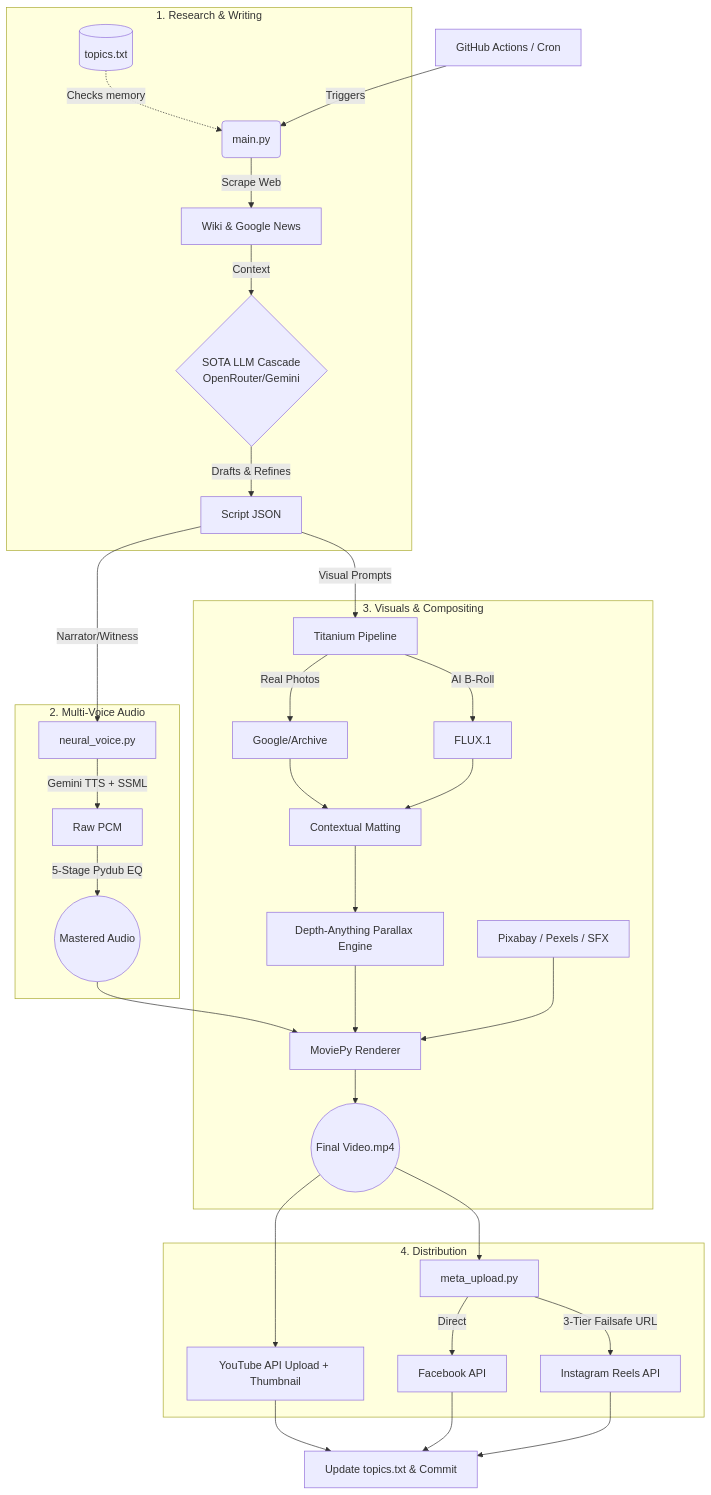
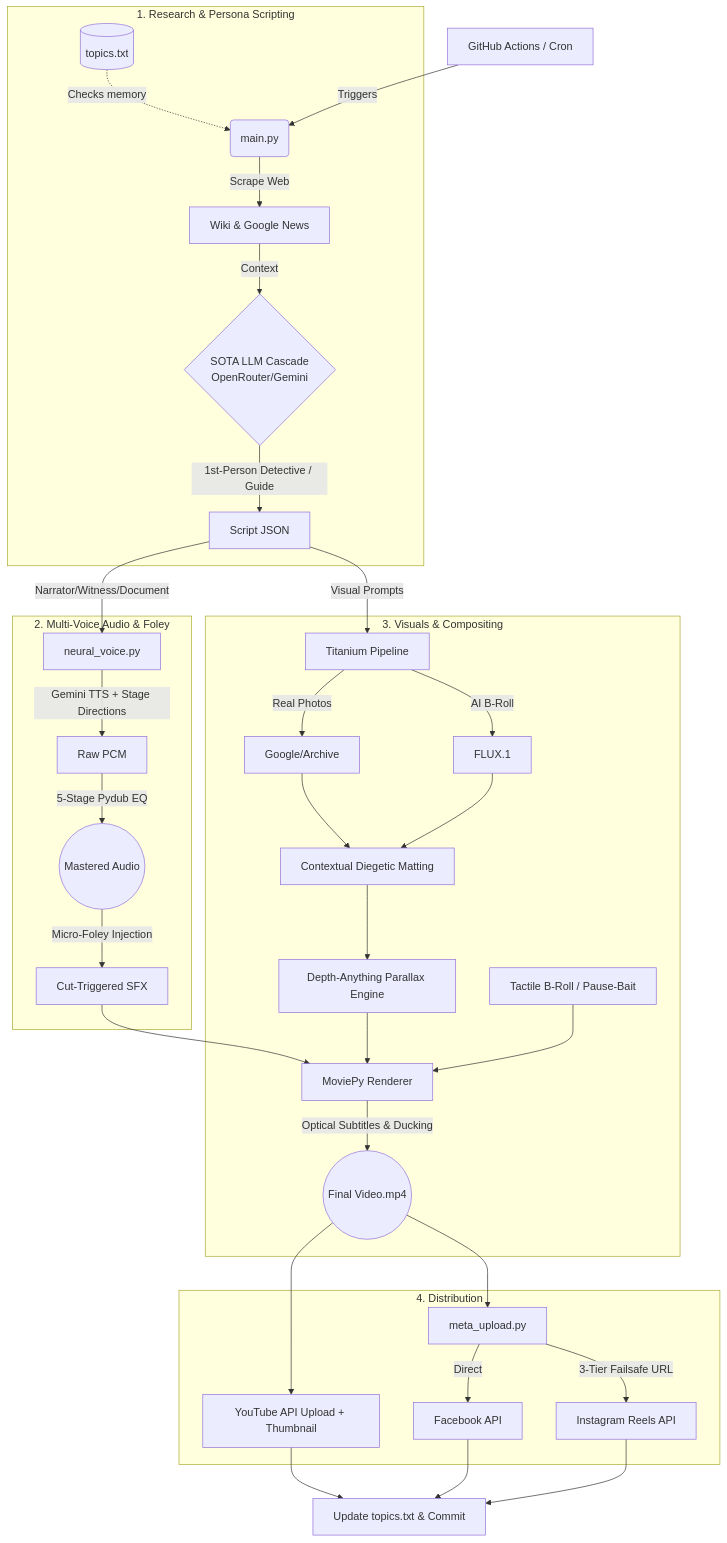
The diagram in README.md (Kashyapman/GhostBot), drawn with Mermaid before and after one commit. The commit also changed other lines of this file, not shown here.

````diff
--- a/README.md
+++ b/README.md
@@ -30,39 +34,40 @@
 ```mermaid
 graph TD
     A[GitHub Actions / Cron] -->|Triggers| B(main.py)
     
-    subgraph 1. Research & Writing
+    subgraph 1. Research & Persona Scripting
     C[(topics.txt)] -.->|Checks memory| B
     B -->|Scrape Web| D[Wiki & Google News]
     D -->|Context| E{SOTA LLM Cascade<br>OpenRouter/Gemini}
-    E -->|Drafts & Refines| F[Script JSON]
+    E -->|1st-Person Detective / Guide| F[Script JSON]
     end
 
-    subgraph 2. Multi-Voice Audio
-    F -->|Narrator/Witness| G[neural_voice.py]
-    G -->|Gemini TTS + SSML| H[Raw PCM]
+    subgraph 2. Multi-Voice Audio & Foley
+    F -->|Narrator/Witness/Document| G[neural_voice.py]
+    G -->|Gemini TTS + Stage Directions| H[Raw PCM]
     H -->|5-Stage Pydub EQ| I((Mastered Audio))
+    I -->|Micro-Foley Injection| I2[Cut-Triggered SFX]
     end
     
     subgraph 3. Visuals & Compositing
     F -->|Visual Prompts| J[Titanium Pipeline]
     J -->|Real Photos| K[Google/Archive]
     J -->|AI B-Roll| L[FLUX.1]
-    K & L --> M[Contextual Matting]
+    K & L --> M[Contextual Diegetic Matting]
     M --> N[Depth-Anything Parallax Engine]
     N --> O[MoviePy Renderer]
-    I --> O
-    P[Pixabay / Pexels / SFX] --> O
-    O --> Q((Final Video.mp4))
+    I2 --> O
+    P[Tactile B-Roll / Pause-Bait] --> O
+    O -->|Optical Subtitles & Ducking| Q((Final Video.mp4))
     end
 
     subgraph 4. Distribution
     Q --> R[YouTube API Upload + Thumbnail]
     Q --> S[meta_upload.py]
     S -->|Direct| T[Facebook API]
     S -->|3-Tier Failsafe URL| U[Instagram Reels API]
     end
     
     R --> V[Update topics.txt & Commit]
     T & U --> V
 ```
````
